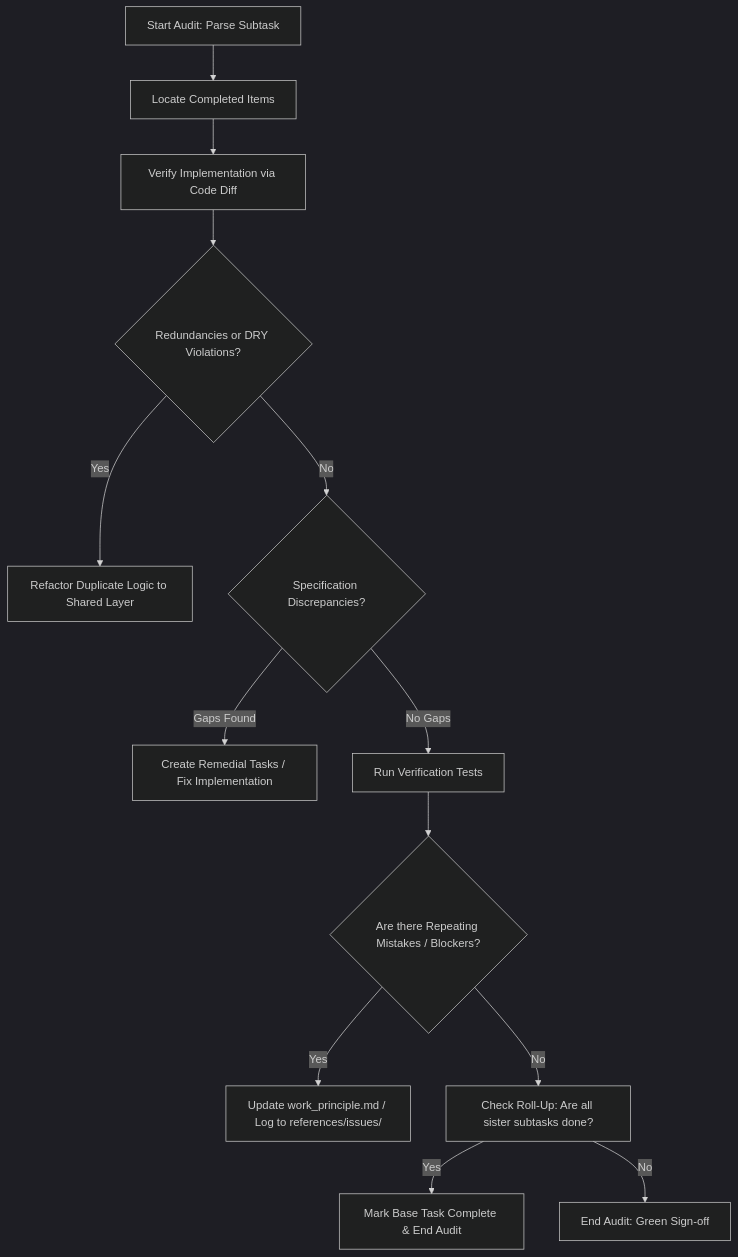
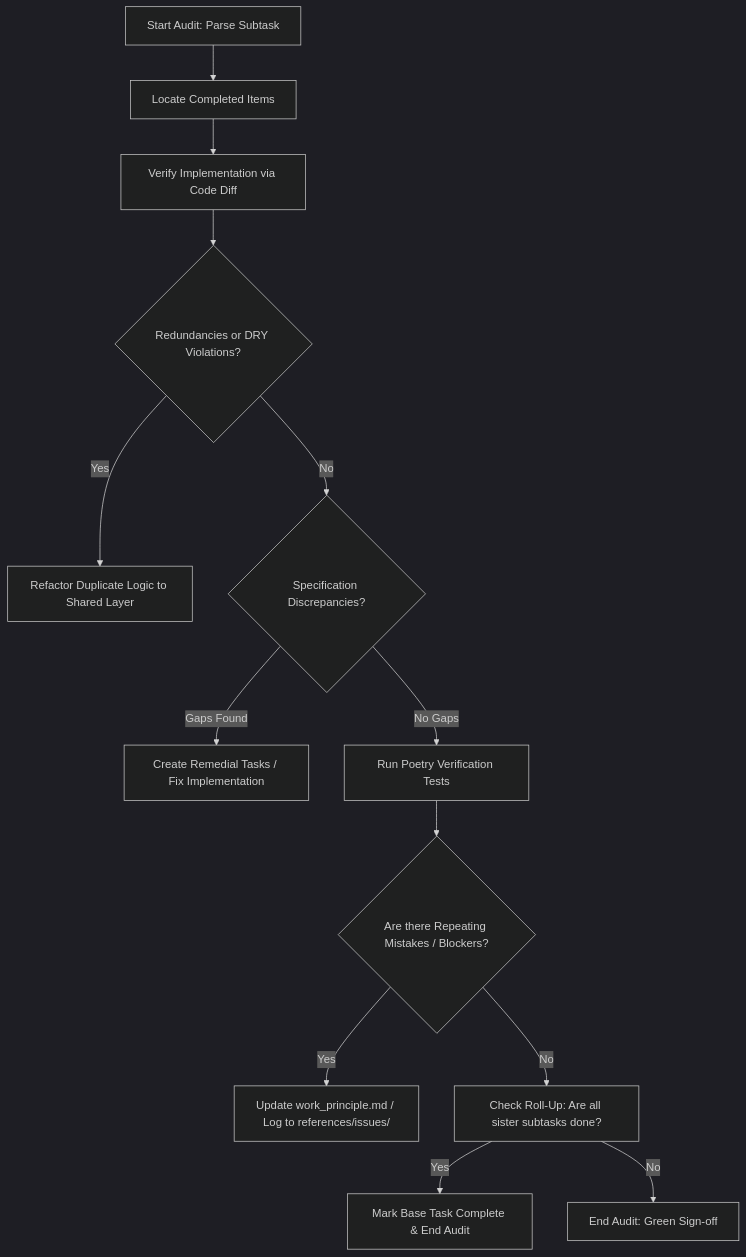
Before and after one commit to AkshatTilak/agent_buildable_base: the diagram in prompts/work_verification.md, drawn with Mermaid (dark theme). The commit also changed other lines of this file and 9 other files, not shown here.

Commit message:
feat: implement hub schema and scoped repository layer for strict tenancy enforcement

````diff
--- a/prompts/work_verification.md
+++ b/prompts/work_verification.md
@@ -34,15 +34,15 @@
 ```mermaid
 graph TD
     A[Start Audit: Parse Subtask] --> B[Locate Completed Items]
     B --> C[Verify Implementation via Code Diff]
     C --> D{Redundancies or DRY Violations?}
     D -- Yes --> E[Refactor Duplicate Logic to Shared Layer]
     D -- No --> F{Specification Discrepancies?}
     F -- Gaps Found --> G[Create Remedial Tasks / Fix Implementation]
-    F -- No Gaps --> H[Run Verification Tests]
+    F -- No Gaps --> H[Run Poetry Verification Tests]
     H --> I{Are there Repeating Mistakes / Blockers?}
     I -- Yes --> J[Update work_principle.md / Log to references/issues/]
     I -- No --> K[Check Roll-Up: Are all sister subtasks done?]
     K -- Yes --> L[Mark Base Task Complete & End Audit]
     K -- No --> M[End Audit: Green Sign-off]
 ```
````
